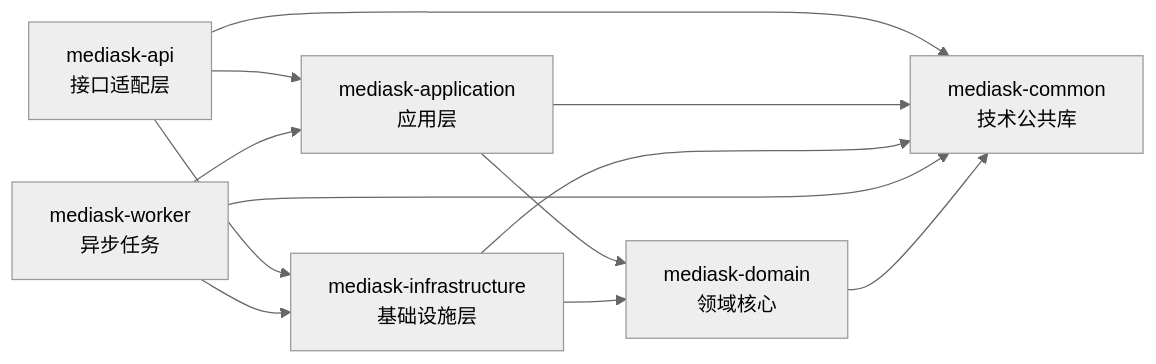
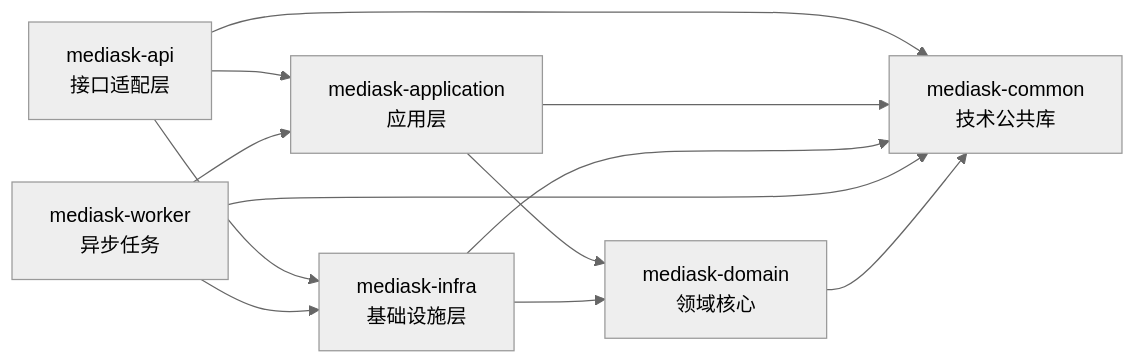
The first of 5 diagrams in docs/01-OVERVIEW.md (JianwenShaw/MediAskDocs), drawn with Mermaid (neutral theme) before and after one commit. The commit also changed other lines of this file and 9 other files, not shown here.

````diff
--- a/docs/01-OVERVIEW.md
+++ b/docs/01-OVERVIEW.md
@@ -154,25 +154,25 @@
 ```mermaid
 flowchart LR
     API[mediask-api<br/>接口适配层]
     App[mediask-application<br/>应用层]
     Domain[mediask-domain<br/>领域核心]
-    Infra[mediask-infrastructure<br/>基础设施层]
+    Infra[mediask-infra<br/>基础设施层]
     Common[mediask-common<br/>技术公共库]
     Worker[mediask-worker<br/>异步任务]
 
     API --> App
     API --> Infra
     API --> Common
 
     App --> Domain
     App --> Common
 
     Infra --> Domain
     Infra --> Common
 
     Worker --> App
     Worker --> Infra
     Worker --> Common
 
     Domain --> Common
 ```
````
